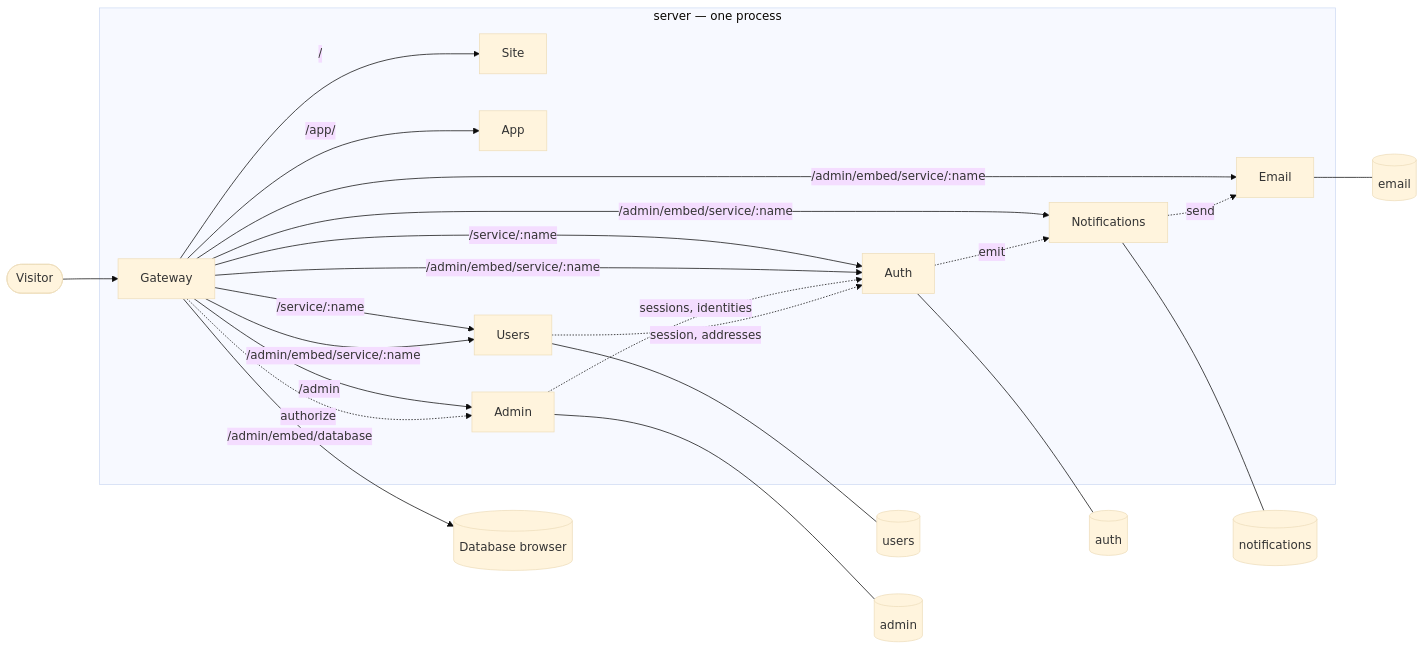
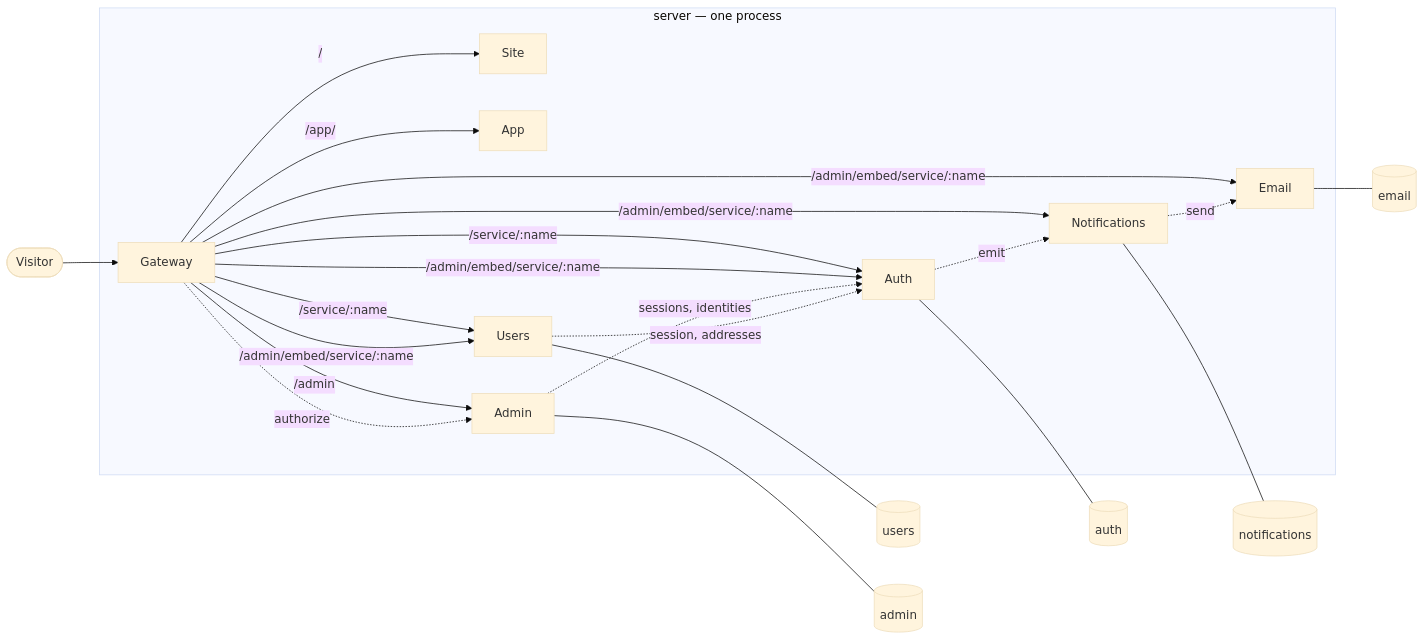
One commit to lisabazdyreva/grimcode-ru changed the diagram in docs/architecture.md. Above: the diagram before and after it, drawn with Mermaid (base theme). The commit also changed other lines of this file and 48 other files, not shown here.

````diff
--- a/docs/architecture.md
+++ b/docs/architecture.md
@@ -16,32 +16,30 @@
 ```mermaid
 flowchart LR
   visitor([Visitor]) --> gateway
 
   subgraph server["server — one process"]
     gateway[Gateway]
 
     gateway -->|/| site[Site]
     gateway -->|/app/| app[App]
     gateway -->|/service/:name| auth[Auth]
     gateway -->|/service/:name| users[Users]
     gateway -->|/admin| admin[Admin]
     gateway -->|/admin/embed/service/:name| auth
     gateway -->|/admin/embed/service/:name| users
     gateway -->|/admin/embed/service/:name| notifications[Notifications]
     gateway -->|/admin/embed/service/:name| email[Email]
 
     gateway -.->|authorize| admin
     admin -.->|sessions, identities| auth
     users -.->|session, addresses| auth
     auth -.->|emit| notifications
     notifications -.->|send| email
   end
 
-  gateway -->|/admin/embed/database| adminer[(Database browser)]
-
   auth --- authDb[(auth)]
   users --- usersDb[(users)]
   admin --- adminDb[(admin)]
   notifications --- notificationsDb[(notifications)]
   email --- emailDb[(email)]
 ```
````
